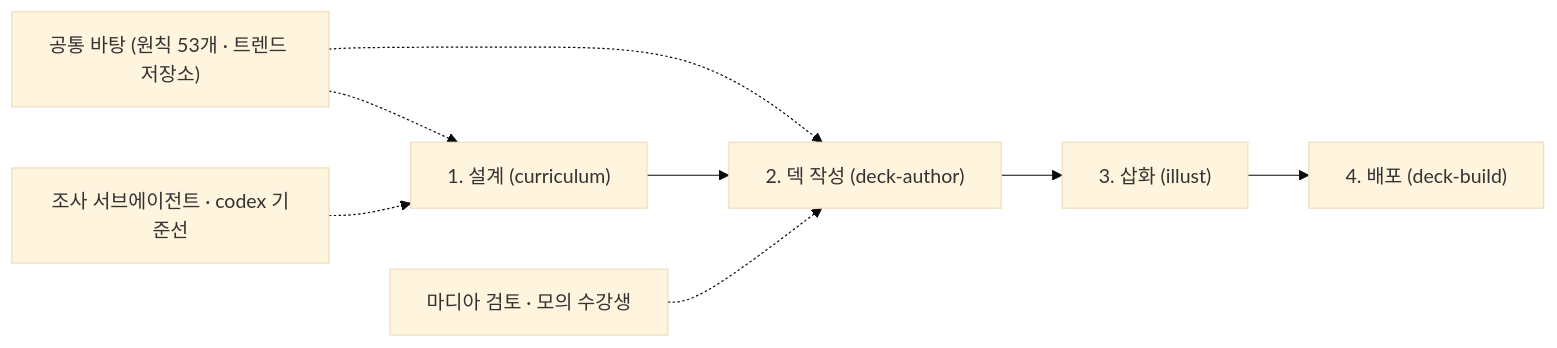
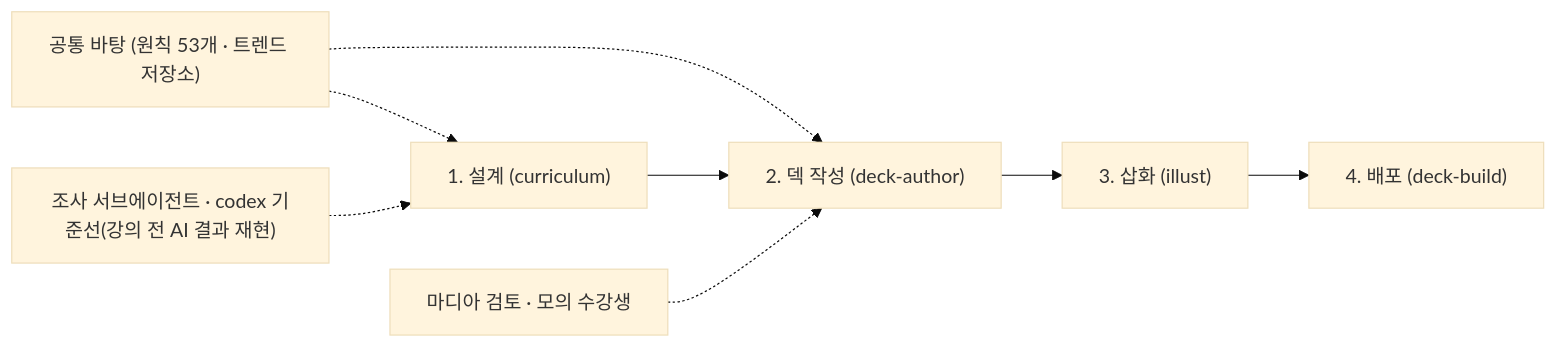
The first of 4 diagrams in lectures/90-팀발표.md (iamdeez/multimodal-money-printer), drawn with Mermaid (base theme) before and after one commit. The commit also changed other lines of this file, not shown here.

First line of the commit message:
docs: 발표자료 9장 기준선 의미와 뒤집힌 예상 설명 보완 (#30) (#31)

````diff
--- a/lectures/90-팀발표.md
+++ b/lectures/90-팀발표.md
@@ -191,10 +208,10 @@
 ```mermaid
 flowchart LR
   B["공통 바탕 (원칙 53개 · 트렌드 저장소)"] -.-> S1
   B -.-> S2
   S1["1. 설계 (curriculum)"] --> S2["2. 덱 작성 (deck-author)"]
   S2 --> S3["3. 삽화 (illust)"]
   S3 --> S4["4. 배포 (deck-build)"]
-  A1["조사 서브에이전트 · codex 기준선"] -.-> S1
+  A1["조사 서브에이전트 · codex 기준선(강의 전 AI 결과 재현)"] -.-> S1
   A2["마디아 검토 · 모의 수강생"] -.-> S2
 ```
````
